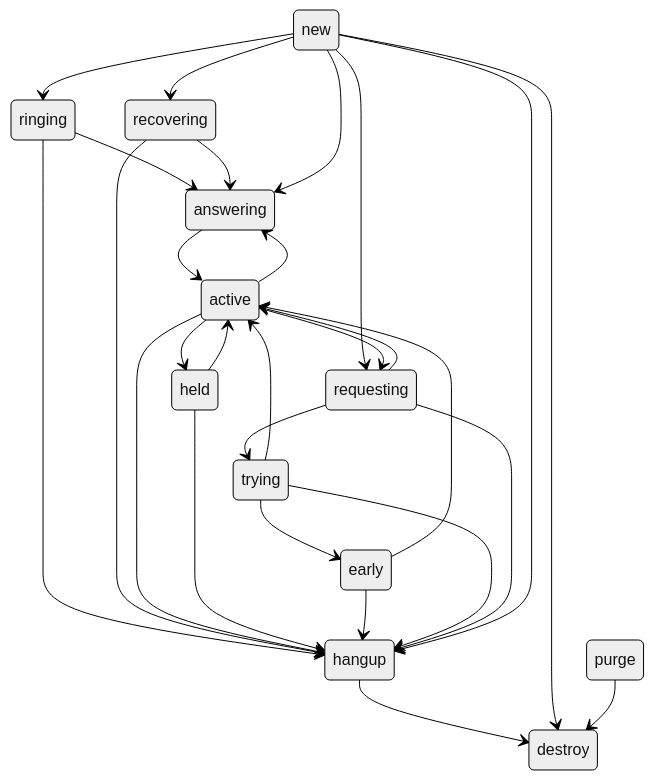
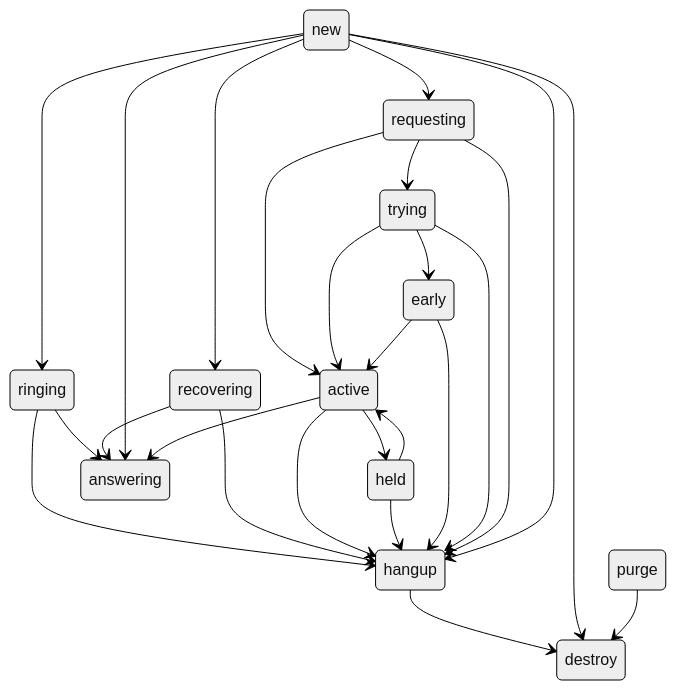
Before and after one commit to bjenning04/foam: the fourth of 4 diagrams in verto-design.md, drawn with Mermaid (neutral theme).

Commit message:
May 4, 2026, 5:42 PM

````diff
--- a/verto-design.md
+++ b/verto-design.md
@@ -318,36 +318,34 @@
 ```mermaid
 stateDiagram
     new --> ringing
     new --> recovering
     new --> requesting
     requesting --> trying
-    active --> requesting
 
     trying --> early
 
-    answering --> active
     requesting --> active
     trying --> active
     early --> active
     held --> active
 
     ringing --> answering
     recovering --> answering
     new --> answering
     active --> answering
 
     active --> held
 
     ringing --> hangup
     recovering --> hangup
     active --> hangup
     held --> hangup
     early --> hangup
     trying --> hangup
     requesting --> hangup
     new --> hangup
 
     hangup --> destroy
     new --> destroy
     purge --> destroy
 ```
````
